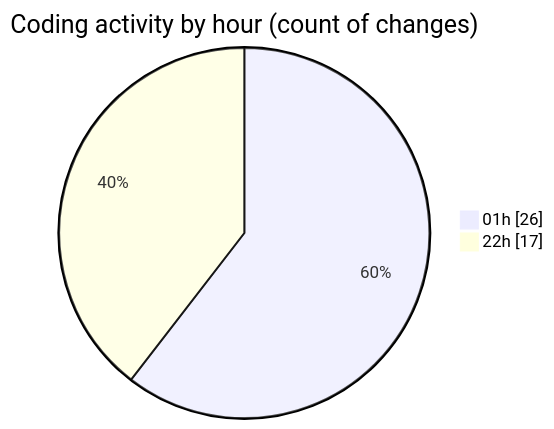
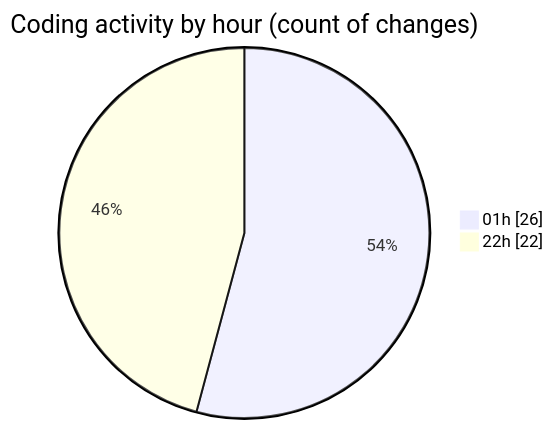
Before and after one commit to Ritupan-Deka/code-tracking: the second of 2 diagrams in 2025-01-28/0starter_files/README.md, drawn with Mermaid. The commit also changed other lines of this file and 1 other file, not shown here.

````diff
--- a/2025-01-28/0starter_files/README.md
+++ b/2025-01-28/0starter_files/README.md
@@ -28,6 +28,6 @@
 ```mermaid
 pie showData
 title Coding activity by hour (count of changes)
 "01h" : 26
-"22h" : 17
+"22h" : 22
 ```
````
